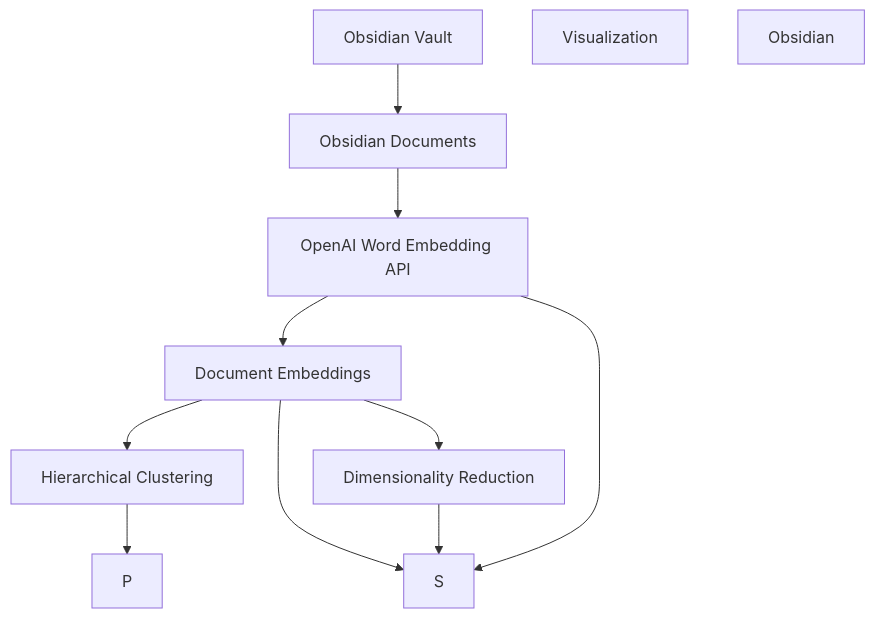
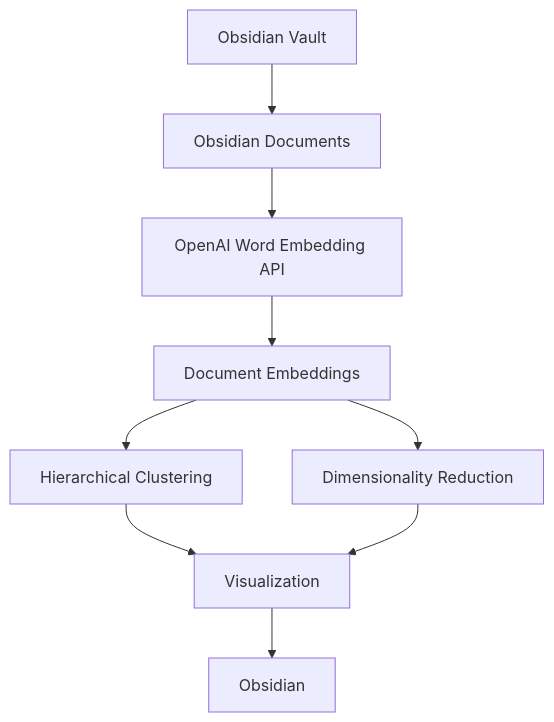
One commit to aidanbx/GraphGurusVault changed the diagram in Garden/System Pipeline.md. Above: the diagram before and after it, drawn with Mermaid. The commit also changed 1 other file, not shown here.

Commit message:
Aidan vault backup: 2023-02-07 12:42:35

````diff
--- a/Garden/System Pipeline.md
+++ b/Garden/System Pipeline.md
@@ -1,22 +1,21 @@
 ```mermaid
 graph TD
 
 A[Obsidian Vault]
 B[Obsidian Documents]
 C[OpenAI Word Embedding API]
 D[Document Embeddings]
 E[Hierarchical Clustering]
 F[Dimensionality Reduction]
 G[Visualization]
 H[Obsidian]
 
 A --> B
 B --> C
 C --> D
 D --> E
 D --> F
-E --> P
-D --> S
-F --> S
-C --> S
+E --> G
+F --> G
+G --> H
 ```
````
